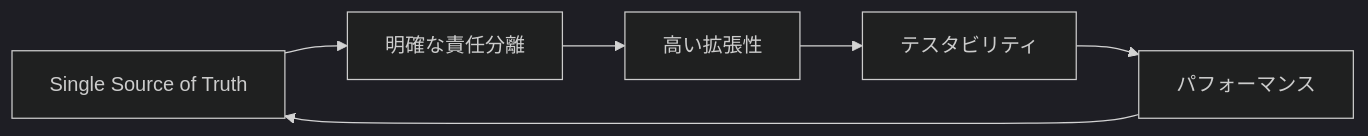
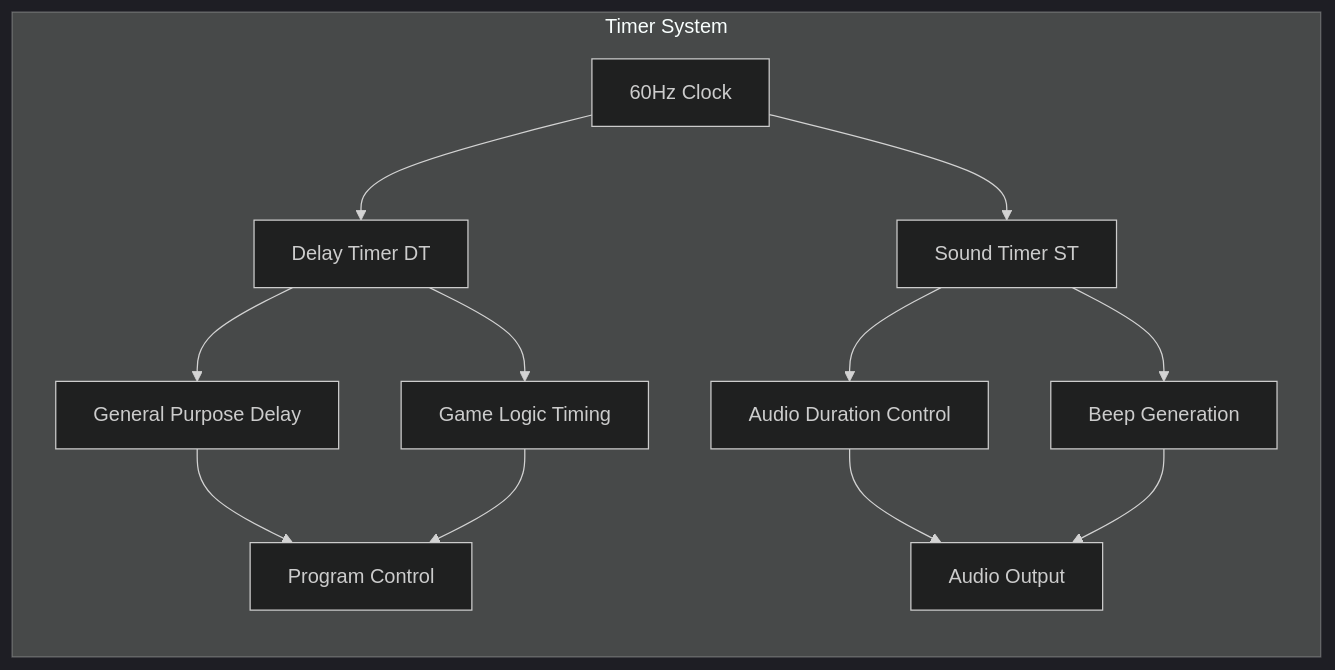
The eighth of 21 diagrams in docs/explanation/01-chip8-overview.md (takeokunn/cl-chip8), drawn with Mermaid (dark theme) before and after one commit. The commit also changed other lines of this file and 27 other files, not shown here.

````diff
--- a/docs/explanation/01-chip8-overview.md
+++ b/docs/explanation/01-chip8-overview.md
@@ -56,8 +261,18 @@
 ```mermaid
 graph LR
-    A[Single Source of Truth] --> B[明確な責任分離]
-    B --> C[高い拡張性]
-    C --> D[テスタビリティ]
-    D --> E[パフォーマンス]
-    E --> A
+    subgraph "Timer System"
+        A[60Hz Clock] --> B[Delay Timer DT]
+        A --> C[Sound Timer ST]
+
+        B --> B1[General Purpose Delay]
+        B --> B2[Game Logic Timing]
+
+        C --> C1[Audio Duration Control]
+        C --> C2[Beep Generation]
+
+        B1 --> D[Program Control]
+        B2 --> D
+        C1 --> E[Audio Output]
+        C2 --> E
+    end
 ```
````
